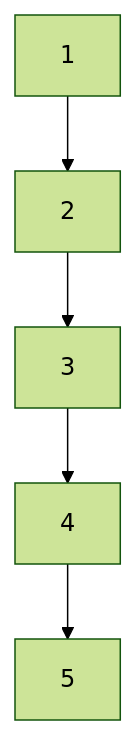
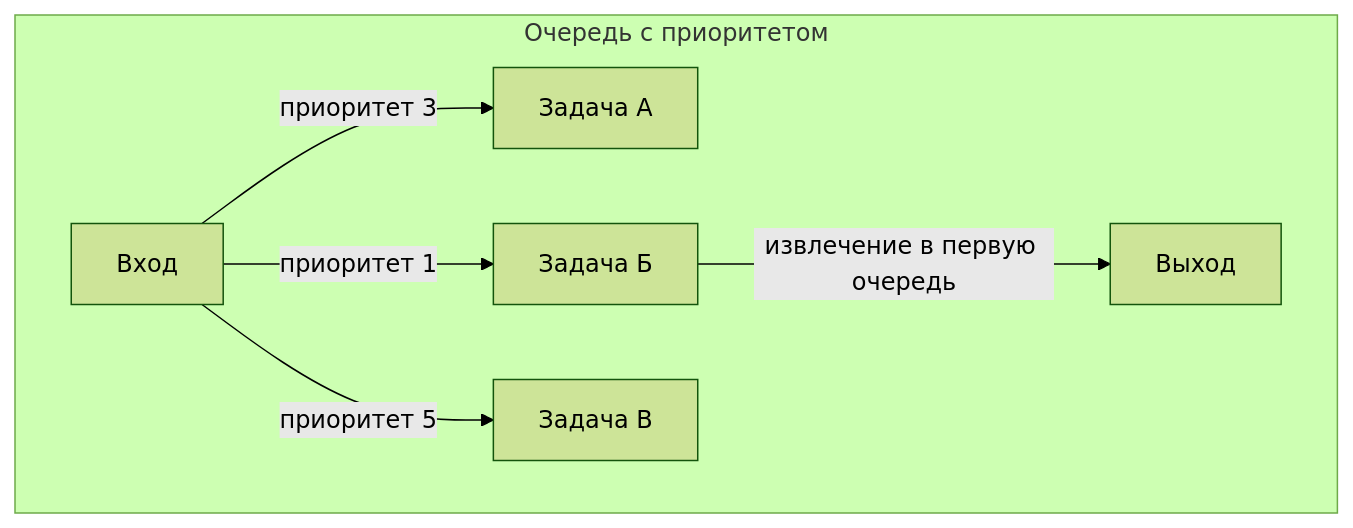
One commit to Vladislav-Chistyakov/CS-in-Frontend changed the second of 6 diagrams in 17/LECTURE.md. Above: the diagram before and after it, drawn with Mermaid (forest theme). The commit also changed other lines of this file and 13 other files, not shown here.

````diff
--- a/17/LECTURE.md
+++ b/17/LECTURE.md
@@ -77,7 +33,10 @@
 ```mermaid
-graph TD
-1[1] --> 2[2]
-2 --> 3[3]
-3 --> 4[4]
-4 --> 5[5]
+graph LR
+subgraph "Очередь с приоритетом"
+direction LR
+Вход --> |приоритет 3| A[Задача А]
+Вход --> |приоритет 1| B[Задача Б]
+Вход --> |приоритет 5| C[Задача В]
+B --> |извлечение в первую очередь| Выход
+end
 ```
````
